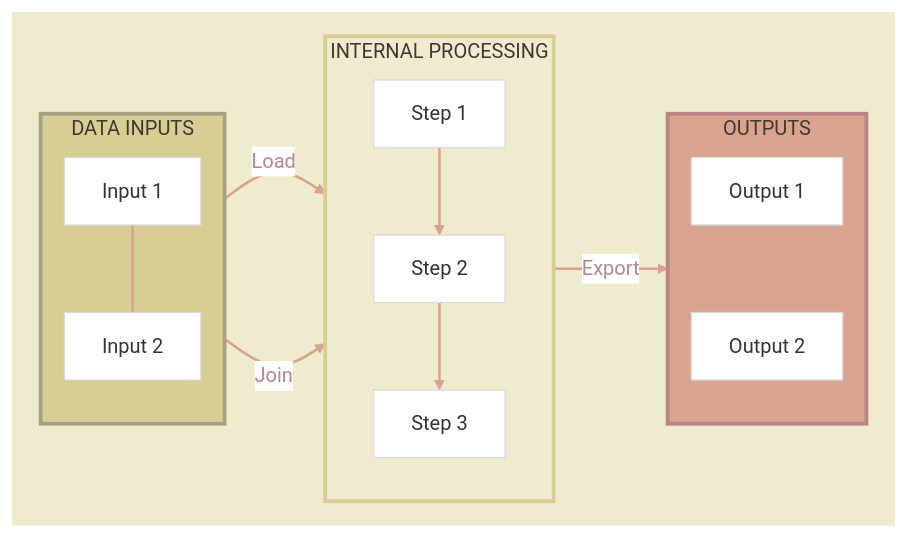
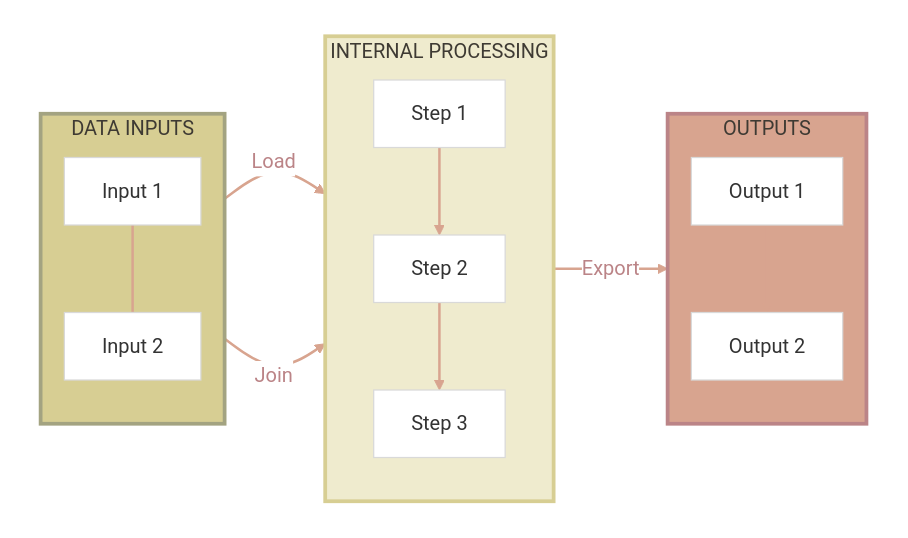
Before and after one commit to BenaventC/Airbnb2026: the third of 3 diagrams in .github/skills/mermaid-pipeline/SKILL.md, drawn with Mermaid. The commit also changed other lines of this file and 20 other files, not shown here.

````diff
--- a/.github/skills/mermaid-pipeline/SKILL.md
+++ b/.github/skills/mermaid-pipeline/SKILL.md
@@ -49,39 +49,39 @@
 ```mermaid
 %%{init: {'theme': 'base', 'flowchart': { 'nodeSpacing': 18, 'rankSpacing': 20, 'diagramPadding': 6 }, 'themeVariables': { 'primaryColor': '#ffffff', 'primaryBorderColor': '#d9d9d9', 'background': '#ffffff', 'mainBkg': '#ffffff', 'clusterBkg': '#ffffff', 'lineColor': '#cfd8dc', 'edgeLabelBackground':'#ffffff'}} }%%
 flowchart LR
   subgraph Row[" "]
     direction LR
 
     subgraph Input["DATA INPUTS"]
       direction TB
       A["Input 1"]
       B["Input 2"]
       A --- B
     end
 
     subgraph Process["INTERNAL PROCESSING"]
       direction TB
       C["Step 1"]
       D["Step 2"]
       E["Step 3"]
       C --> D --> E
     end
 
     subgraph Output["OUTPUTS"]
       direction TB
       F["Output 1"]
       G["Output 2"]
       F --> G
     end
   end
 
   A -->|Load| C
   B -->|Join| E
   E -->|Export| F
 
-  style Row fill:#EFEBCE,stroke:#EFEBCE,color:#EFEBCE
+  style Row fill:#ffffff,stroke:#ffffff,color:#ffffff
   linkStyle default stroke:#D8A48F,stroke-width:2px,color:#BB8487
   style Input fill:#D7CE93,stroke:#A3A381,stroke-width:3px,color:#3E3A33
   style Process fill:#EFEBCE,stroke:#D7CE93,stroke-width:3px,color:#3E3A33
   style Output fill:#D8A48F,stroke:#BB8487,stroke-width:3px,color:#3E3A33
 ```
````
